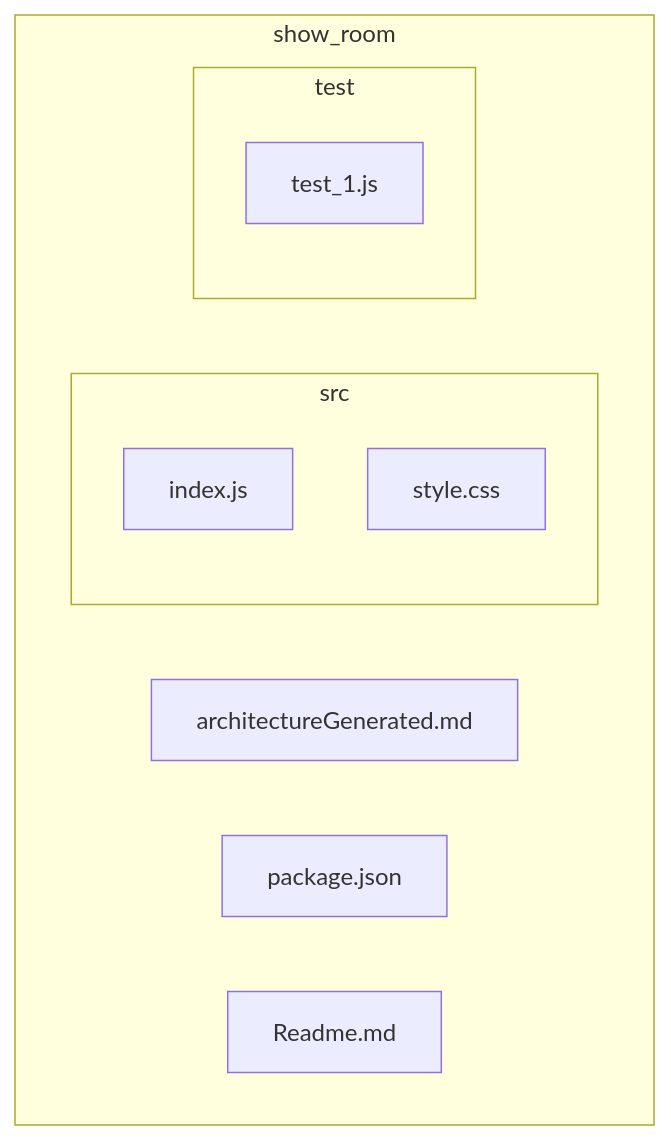
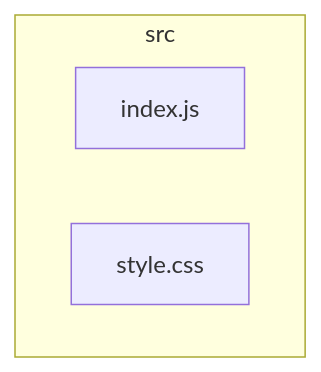
The diagram in packages/show_room/architectureGenerated.md (VCityTeam/UD-Viz), drawn with Mermaid before and after one commit. The commit also changed 25 other files, not shown here.

Commit message:
update(doc):generate diagrams from *package*/src/

````diff
--- a/packages/show_room/architectureGenerated.md
+++ b/packages/show_room/architectureGenerated.md
@@ -1,15 +1,7 @@
 ```mermaid
 flowchart
- subgraph IDshow5froom["show_room"]
-  IDshow5froomArchitectureGenerated2emd["architectureGenerated.md"]
-  IDshow5froomPackage2ejson["package.json"]
-  IDshow5froomReadme2emd["Readme.md"]
-  subgraph IDshow5froomSrc["src"]
-   IDshow5froomSrcIndex2ejs["index.js"]
-   IDshow5froomSrcStyle2ecss["style.css"]
-  end
-  subgraph IDshow5froomTest["test"]
-   IDshow5froomTestTest5f12ejs["test_1.js"]
-  end
+ subgraph IDsrc["src"]
+  IDsrcIndex2ejs["index.js"]
+  IDsrcStyle2ecss["style.css"]
  end
 ```
````
